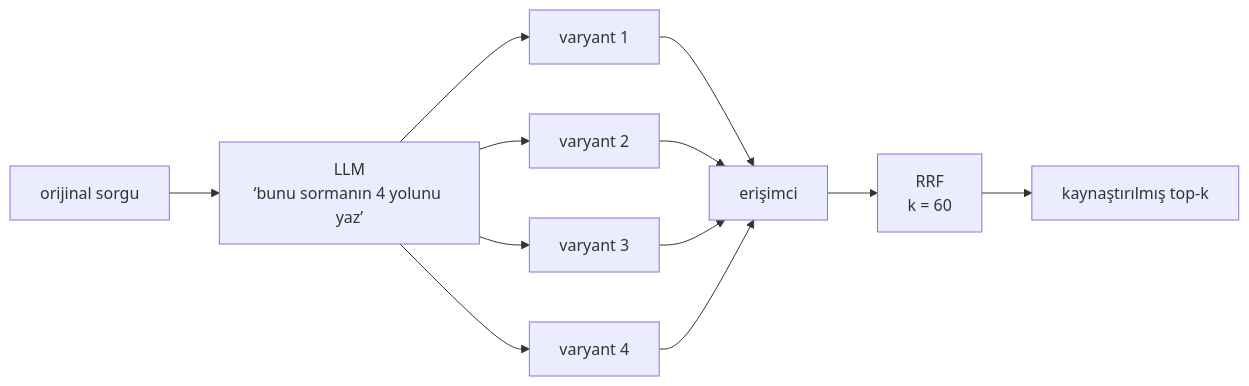
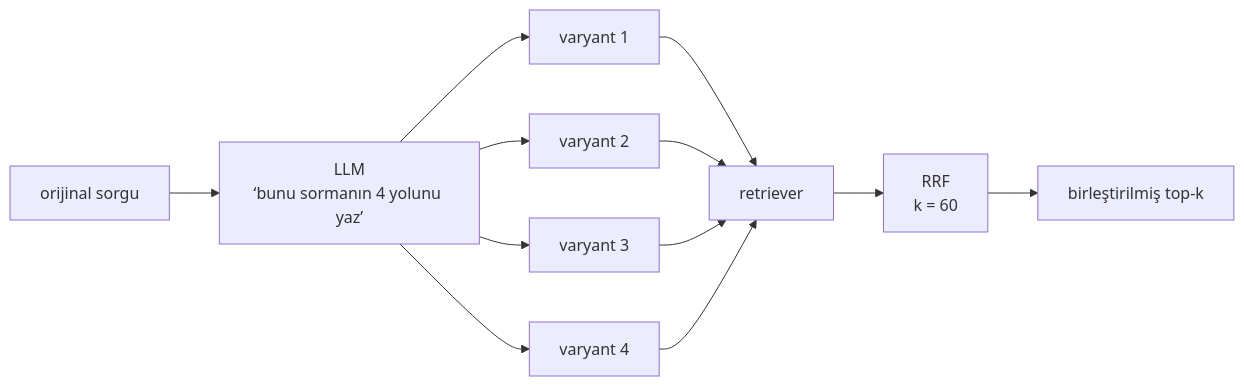
The third of 4 diagrams in docs/rag/04-query.tr.md (fport/milvus-rag), drawn with Mermaid before and after one commit. The commit also changed other lines of this file and 15 other files, not shown here.

````diff
--- a/docs/rag/04-query.tr.md
+++ b/docs/rag/04-query.tr.md
@@ -98,14 +98,14 @@
 ```mermaid
 flowchart LR
     Q["orijinal sorgu"] --> LLM["LLM<br>‘bunu sormanın 4 yolunu yaz’"]
     LLM --> Q1["varyant 1"]
     LLM --> Q2["varyant 2"]
     LLM --> Q3["varyant 3"]
     LLM --> Q4["varyant 4"]
-    Q1 --> R["erişimci"]
+    Q1 --> R["retriever"]
     Q2 --> R
     Q3 --> R
     Q4 --> R
     R --> RRF["RRF<br>k = 60"]
-    RRF --> OUT["kaynaştırılmış top-k"]
+    RRF --> OUT["birleştirilmiş top-k"]
 ```
````
